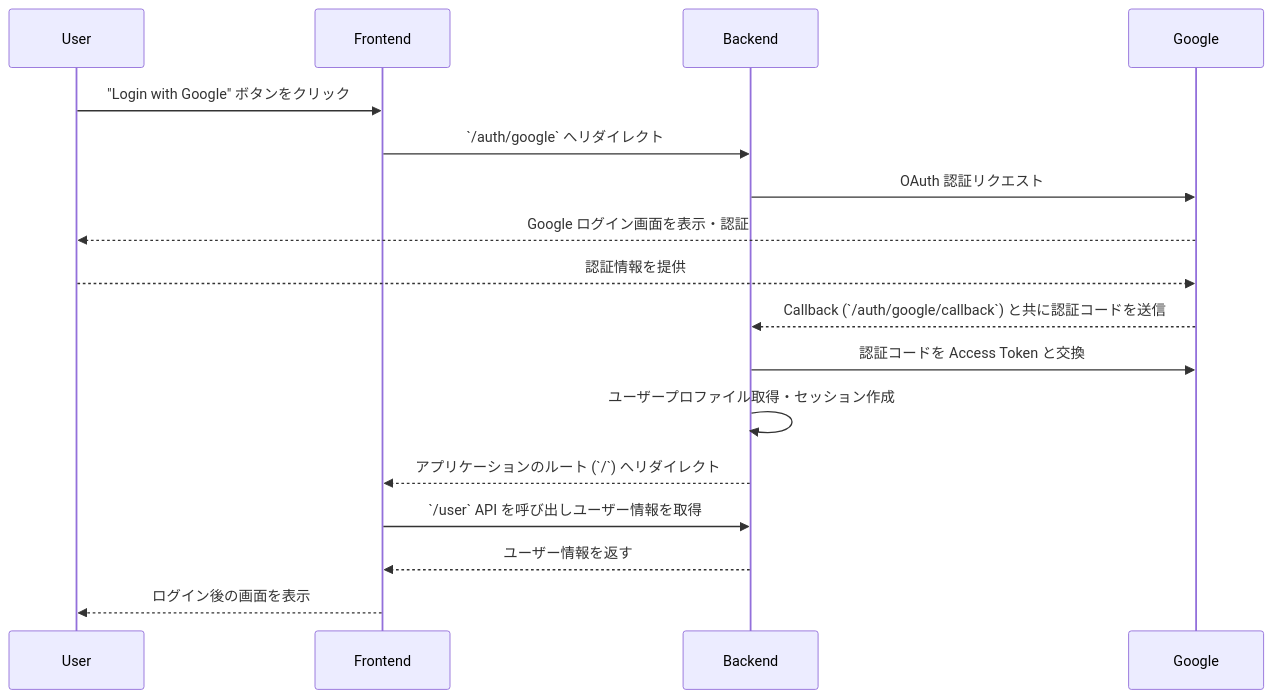
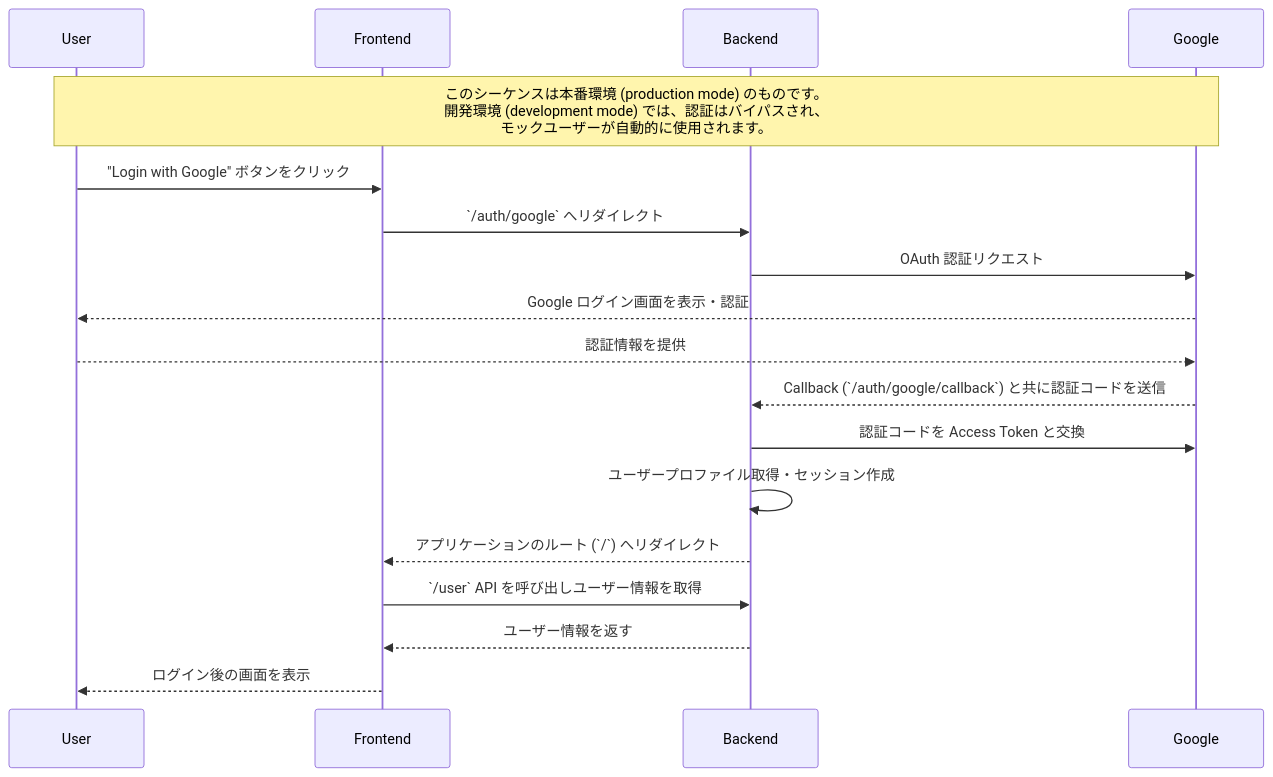
Before and after one commit to prankster-freedom/ToyBox: the third of 3 diagrams in doc/2.DESIGN.md, drawn with Mermaid. The commit also changed other lines of this file and 3 other files, not shown here.

````diff
--- a/doc/2.DESIGN.md
+++ b/doc/2.DESIGN.md
@@ -113,20 +113,22 @@
 ```mermaid
 sequenceDiagram
     participant User
     participant Frontend
     participant Backend
     participant Google
+
+    note over User, Google: このシーケンスは本番環境 (production mode) のものです。<br>開発環境 (development mode) では、認証はバイパスされ、<br>モックユーザーが自動的に使用されます。
 
     User->>Frontend: "Login with Google" ボタンをクリック
     Frontend->>Backend: `/auth/google` へリダイレクト
     Backend->>Google: OAuth 認証リクエスト
     Google-->>User: Google ログイン画面を表示・認証
     User-->>Google: 認証情報を提供
     Google-->>Backend: Callback (`/auth/google/callback`) と共に認証コードを送信
     Backend->>Google: 認証コードを Access Token と交換
     Backend->>Backend: ユーザープロファイル取得・セッション作成
     Backend-->>Frontend: アプリケーションのルート (`/`) へリダイレクト
     Frontend->>Backend: `/user` API を呼び出しユーザー情報を取得
     Backend-->>Frontend: ユーザー情報を返す
     Frontend-->>User: ログイン後の画面を表示
 ```
````
